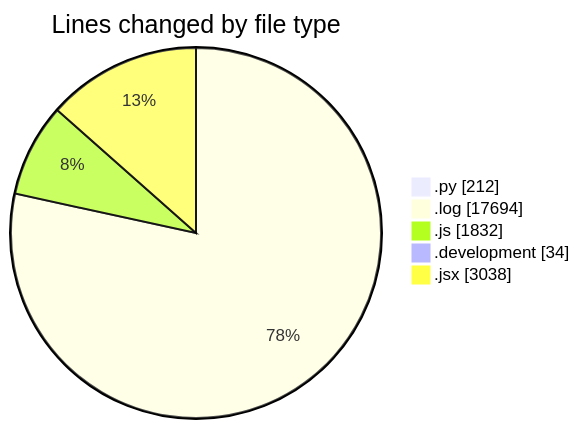
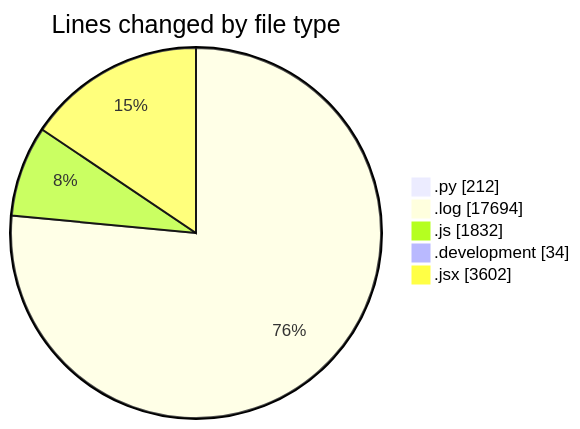
The first of 2 diagrams in 2025-04-19/nxtqube_webapp/README.md (nxtqubesakshisongat/code-tracking), drawn with Mermaid before and after one commit. The commit also changed other lines of this file and 1 other file, not shown here.

````diff
--- a/2025-04-19/nxtqube_webapp/README.md
+++ b/2025-04-19/nxtqube_webapp/README.md
@@ -42,9 +43,9 @@
 ```mermaid
 pie showData
 title Lines changed by file type
 ".py" : 212
 ".log" : 17694
 ".js" : 1832
 ".development" : 34
-".jsx" : 3038
+".jsx" : 3602
 ```
````
